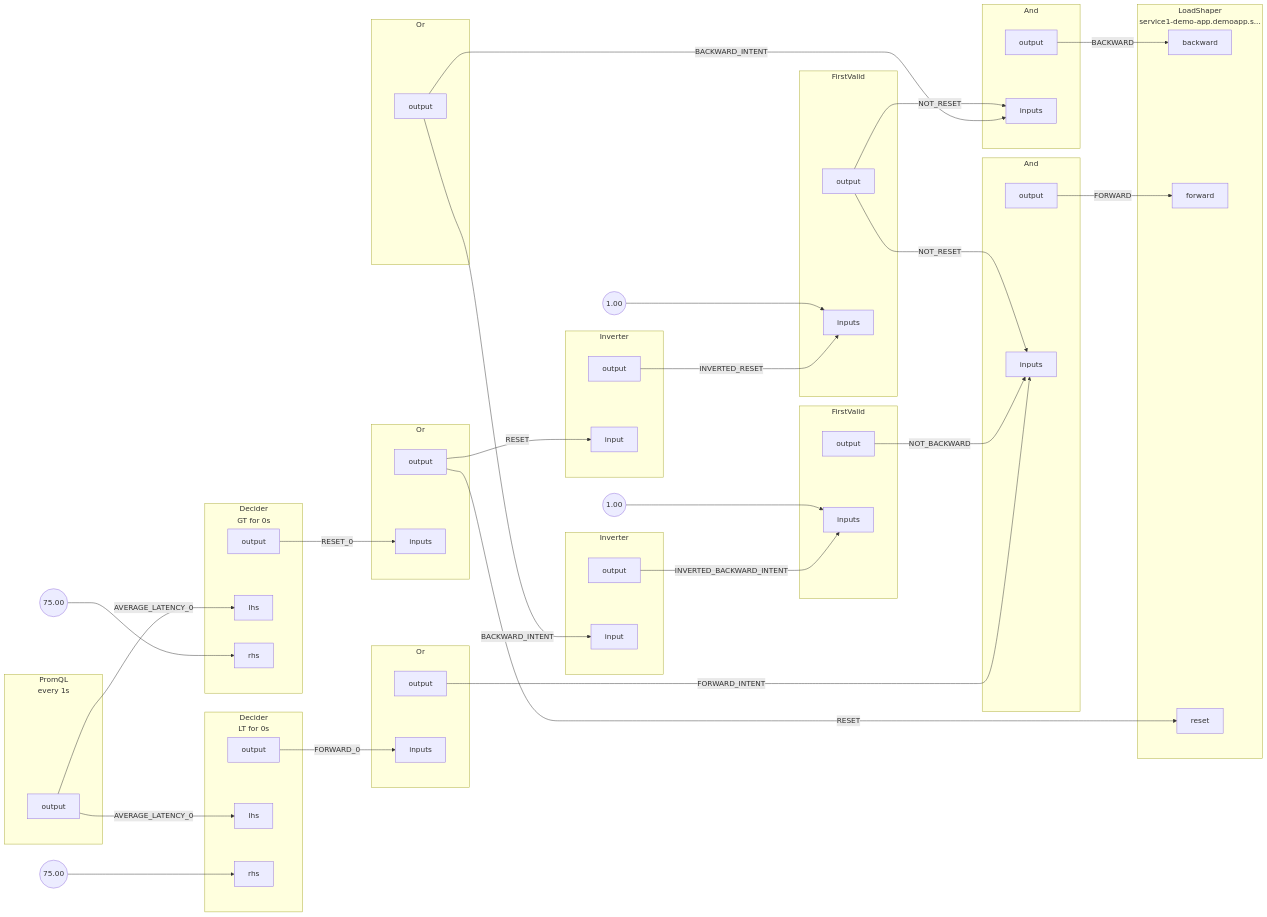
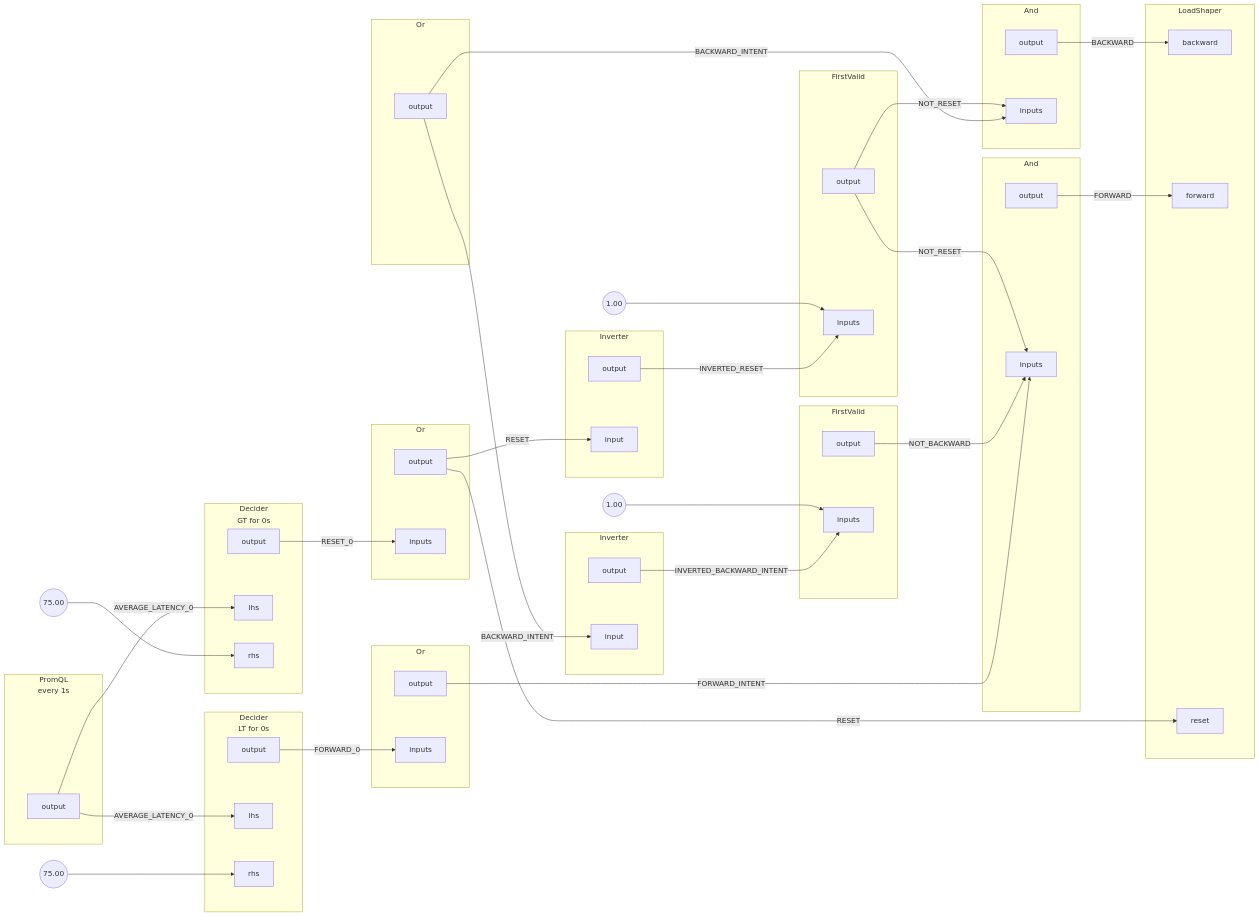
Before and after one commit to fluxninja/aperture: the diagram in docs/content/tutorials/flow-control/feature-rollout/assets/with-average-latency-feedback/graph.mmd, drawn with Mermaid. The commit also changed 41 other files, not shown here.

First line of the commit message:
Update `FlowSelector` proto

```diff
--- a/docs/content/tutorials/flow-control/feature-rollout/assets/with-average-latency-feedback/graph.mmd
+++ b/docs/content/tutorials/flow-control/feature-rollout/assets/with-average-latency-feedback/graph.mmd
@@ -1,152 +1,152 @@
 flowchart LR
 subgraph root.0[<center>PromQL<br/>every 1s</center>]
 subgraph root.0_outports[ ]
 style root.0_outports fill:none,stroke:none
 root.0output[output]
 end
 end
 subgraph root.1[<center>Decider<br/>LT for 0s</center>]
 subgraph root.1_inports[ ]
 style root.1_inports fill:none,stroke:none
 root.1lhs[lhs]
 root.1rhs[rhs]
 end
 subgraph root.1_outports[ ]
 style root.1_outports fill:none,stroke:none
 root.1output[output]
 end
 end
 subgraph root.10[And]
 subgraph root.10_inports[ ]
 style root.10_inports fill:none,stroke:none
 root.10inputs[inputs]
 root.10inputs[inputs]
 root.10inputs[inputs]
 end
 subgraph root.10_outports[ ]
 style root.10_outports fill:none,stroke:none
 root.10output[output]
 end
 end
 subgraph root.11[And]
 subgraph root.11_inports[ ]
 style root.11_inports fill:none,stroke:none
 root.11inputs[inputs]
 root.11inputs[inputs]
 end
 subgraph root.11_outports[ ]
 style root.11_outports fill:none,stroke:none
 root.11output[output]
 end
 end
-subgraph root.12[<center>LoadShaper<br/>service1-demo-app.demoapp.s...</center>]
+subgraph root.12[LoadShaper]
 subgraph root.12_inports[ ]
 style root.12_inports fill:none,stroke:none
 root.12backward[backward]
 root.12forward[forward]
 root.12reset[reset]
 end
 end
 root.1_rhs_FakeConstantout((75.00))
 subgraph root.2[<center>Decider<br/>GT for 0s</center>]
 subgraph root.2_inports[ ]
 style root.2_inports fill:none,stroke:none
 root.2lhs[lhs]
 root.2rhs[rhs]
 end
 subgraph root.2_outports[ ]
 style root.2_outports fill:none,stroke:none
 root.2output[output]
 end
 end
 root.2_rhs_FakeConstantout((75.00))
 subgraph root.3[Or]
 subgraph root.3_inports[ ]
 style root.3_inports fill:none,stroke:none
 root.3inputs[inputs]
 end
 subgraph root.3_outports[ ]
 style root.3_outports fill:none,stroke:none
 root.3output[output]
 end
 end
 subgraph root.4[Or]
 subgraph root.4_outports[ ]
 style root.4_outports fill:none,stroke:none
 root.4output[output]
 end
 end
 subgraph root.5[Or]
 subgraph root.5_inports[ ]
 style root.5_inports fill:none,stroke:none
 root.5inputs[inputs]
 end
 subgraph root.5_outports[ ]
 style root.5_outports fill:none,stroke:none
 root.5output[output]
 end
 end
 subgraph root.6[Inverter]
 subgraph root.6_inports[ ]
 style root.6_inports fill:none,stroke:none
 root.6input[input]
 end
 subgraph root.6_outports[ ]
 style root.6_outports fill:none,stroke:none
 root.6output[output]
 end
 end
 subgraph root.7[FirstValid]
 subgraph root.7_inports[ ]
 style root.7_inports fill:none,stroke:none
 root.7inputs[inputs]
 root.7inputs[inputs]
 end
 subgraph root.7_outports[ ]
 style root.7_outports fill:none,stroke:none
 root.7output[output]
 end
 end
 root.7_inputs_FakeConstantout((1.00))
 subgraph root.8[Inverter]
 subgraph root.8_inports[ ]
 style root.8_inports fill:none,stroke:none
 root.8input[input]
 end
 subgraph root.8_outports[ ]
 style root.8_outports fill:none,stroke:none
 root.8output[output]
 end
 end
 subgraph root.9[FirstValid]
 subgraph root.9_inports[ ]
 style root.9_inports fill:none,stroke:none
 root.9inputs[inputs]
 root.9inputs[inputs]
 end
 subgraph root.9_outports[ ]
 style root.9_outports fill:none,stroke:none
 root.9output[output]
 end
 end
 root.9_inputs_FakeConstantout((1.00))
 root.0output --> |AVERAGE_LATENCY_0| root.1lhs
 root.0output --> |AVERAGE_LATENCY_0| root.2lhs
 root.10output --> |FORWARD| root.12forward
 root.11output --> |BACKWARD| root.12backward
 root.1output --> |FORWARD_0| root.3inputs
 root.1_rhs_FakeConstantout --> root.1rhs
 root.2output --> |RESET_0| root.5inputs
 root.2_rhs_FakeConstantout --> root.2rhs
 root.3output --> |FORWARD_INTENT| root.10inputs
 root.4output --> |BACKWARD_INTENT| root.11inputs
 root.4output --> |BACKWARD_INTENT| root.6input
 root.5output --> |RESET| root.12reset
 root.5output --> |RESET| root.8input
 root.6output --> |INVERTED_BACKWARD_INTENT| root.7inputs
 root.7_inputs_FakeConstantout --> root.7inputs
 root.7output --> |NOT_BACKWARD| root.10inputs
 root.8output --> |INVERTED_RESET| root.9inputs
 root.9_inputs_FakeConstantout --> root.9inputs
 root.9output --> |NOT_RESET| root.10inputs
 root.9output --> |NOT_RESET| root.11inputs
```
